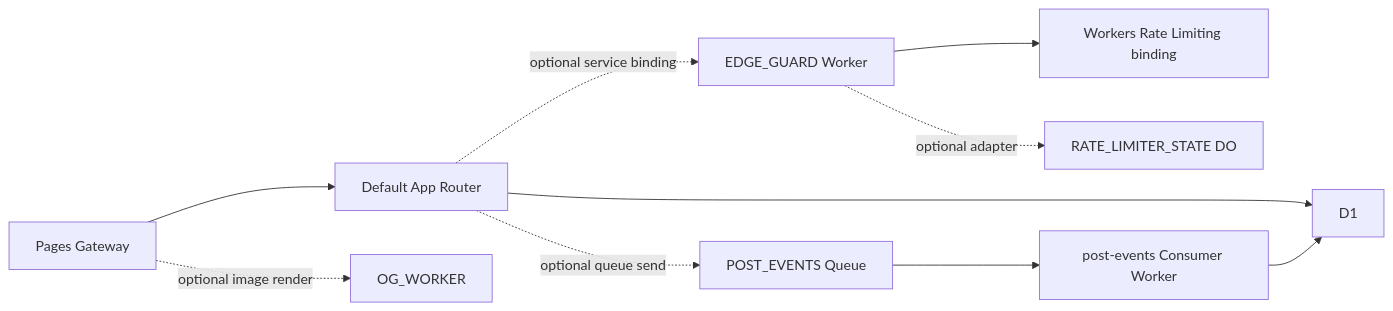
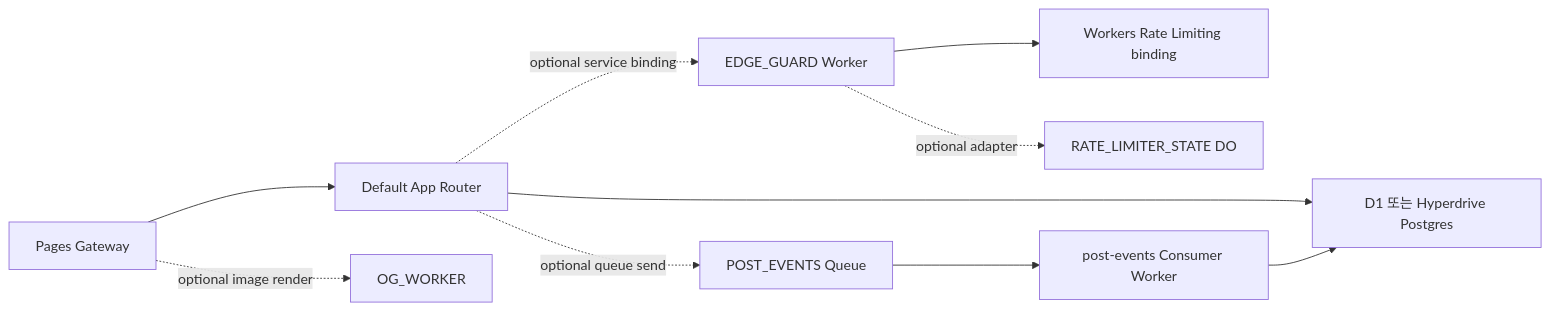
Before and after one commit to imjlk/sveltekit-orpc-typia: the second of 2 diagrams in README_ko.md, drawn with Mermaid. The commit also changed other lines of this file and 41 other files, not shown here.

````diff
--- a/README_ko.md
+++ b/README_ko.md
@@ -107,12 +114,12 @@
 ```mermaid
 flowchart LR
     W["Pages Gateway"] --> APP["Default App Router"]
-    APP --> DB["D1"]
+    APP --> DB["D1 또는 Hyperdrive Postgres"]
     APP -. optional service binding .-> EG["EDGE_GUARD Worker"]
     EG --> RL["Workers Rate Limiting binding"]
     EG -. optional adapter .-> DO["RATE_LIMITER_STATE DO"]
     APP -. optional queue send .-> Q["POST_EVENTS Queue"]
     Q --> C["post-events Consumer Worker"]
     C --> DB
     W -. optional image render .-> OG["OG_WORKER"]
 ```
````
